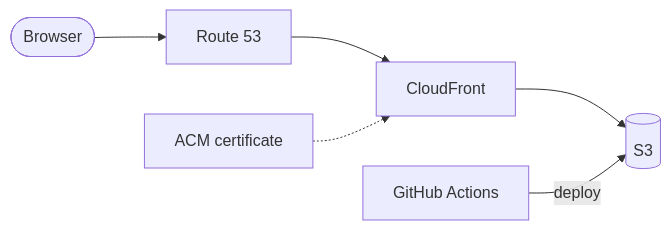
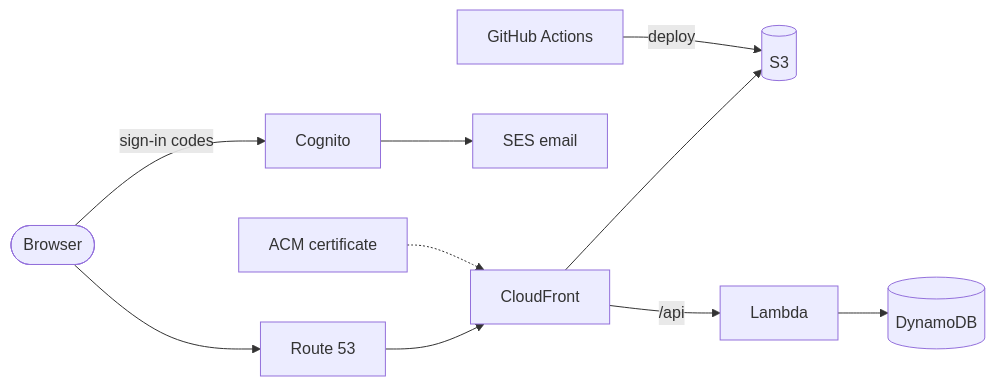
One commit to tiroger/wonder-lab changed the diagram in README.md. Above: the diagram before and after it, drawn with Mermaid. The commit also changed other lines of this file and 16 other files, not shown here.

Commit message:
Grown-up page: email-code sign-in, families and classes, login cards, demo

````diff
--- a/README.md
+++ b/README.md
@@ -49,8 +53,12 @@
 ```mermaid
 flowchart LR
   visitor([Browser]) --> dns[Route 53]
   dns --> cdn[CloudFront]
   cert[ACM certificate] -.-> cdn
   cdn --> bucket[(S3)]
+  cdn -->|/api| fn[Lambda]
+  fn --> db[(DynamoDB)]
+  visitor -->|sign-in codes| cognito[Cognito]
+  cognito --> ses[SES email]
   gh[GitHub Actions] -->|deploy| bucket
 ```
````
